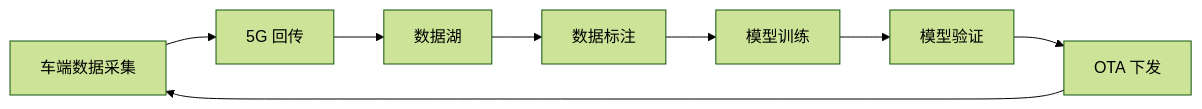
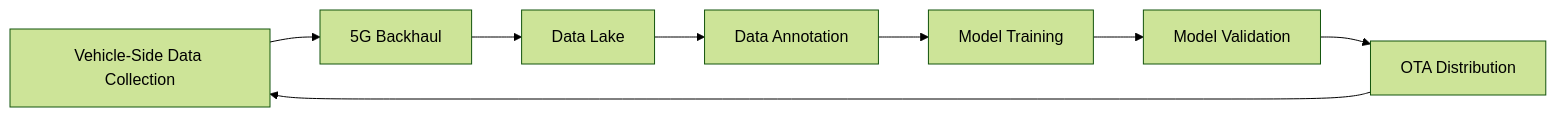
Before and after one commit to teaglebuilt/knowledge-tree: the third of 3 diagrams in tree/application/architecture/v2x-autonomous-driving.md, drawn with Mermaid (forest theme). The commit also changed other lines of this file and 22 other files, not shown here.

````diff
--- a/tree/application/architecture/v2x-autonomous-driving.md
+++ b/tree/application/architecture/v2x-autonomous-driving.md
@@ -289,10 +292,10 @@
 ```mermaid
 flowchart LR
-    A[车端数据采集] --> B[5G 回传]
-    B --> C[数据湖]
-    C --> D[数据标注]
-    D --> E[模型训练]
-    E --> F[模型验证]
-    F --> G[OTA 下发]
+    A[Vehicle-Side Data Collection] --> B[5G Backhaul]
+    B --> C[Data Lake]
+    C --> D[Data Annotation]
+    D --> E[Model Training]
+    E --> F[Model Validation]
+    F --> G[OTA Distribution]
     G --> A
 ```
````
